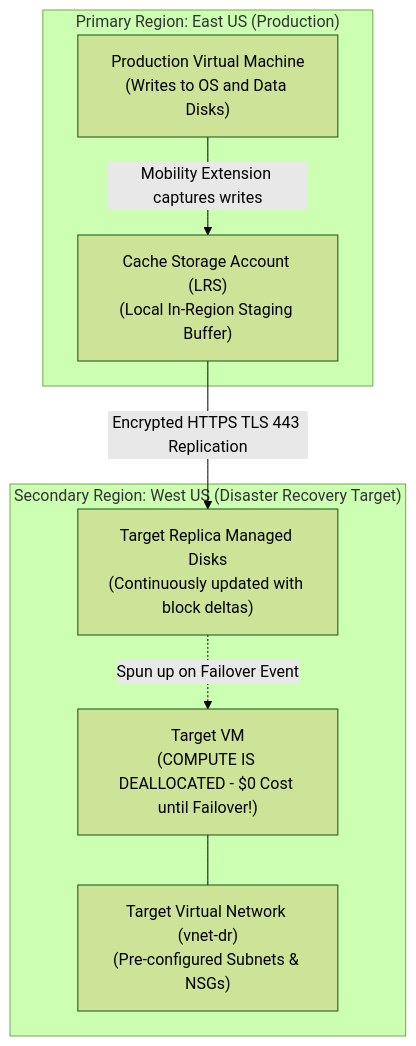
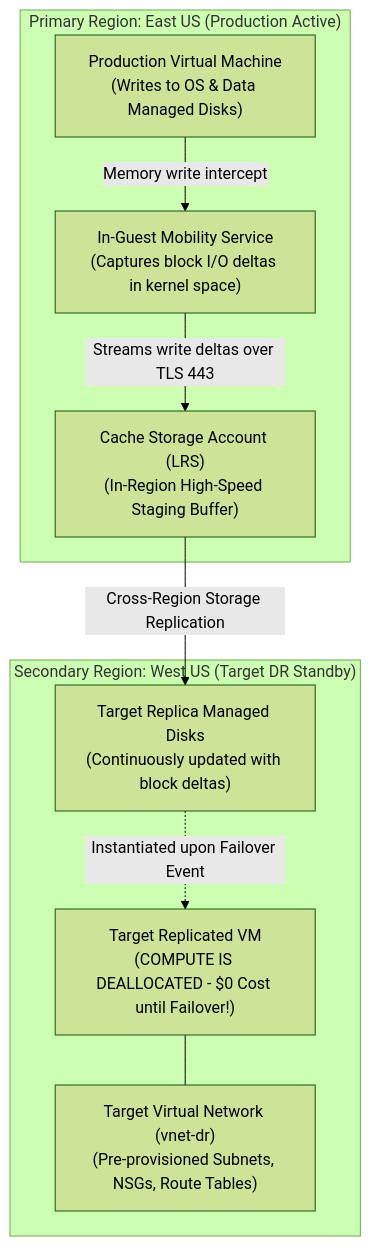
The second of 3 diagrams in Reference Notes/13-104-11_administer_data_protection.md (kmashour/BrainDump), drawn with Mermaid (forest theme) before and after one commit. The commit also changed other lines of this file and 6 other files, not shown here.

````diff
--- a/Reference Notes/13-104-11_administer_data_protection.md
+++ b/Reference Notes/13-104-11_administer_data_protection.md
@@ -205,18 +444,20 @@
 ```mermaid
 flowchart TD
-    subgraph PrimaryRegion ["Primary Region: East US (Production)"]
-        SourceVM["Production Virtual Machine\n(Writes to OS and Data Disks)"]
-        CacheStore["Cache Storage Account (LRS)\n(Local In-Region Staging Buffer)"]
+    subgraph PrimaryRegion ["Primary Region: East US (Production Active)"]
+        SourceVM["Production Virtual Machine\n(Writes to OS & Data Managed Disks)"]
+        Mobility["In-Guest Mobility Service\n(Captures block I/O deltas in kernel space)"]
+        CacheStore["Cache Storage Account (LRS)\n(In-Region High-Speed Staging Buffer)"]
     end
 
-    subgraph SecondaryRegion ["Secondary Region: West US (Disaster Recovery Target)"]
-        ReplicaDisks["Target Replica Managed Disks\n(Continuously updated with block deltas)"]
-        TargetVNet["Target Virtual Network (vnet-dr)\n(Pre-configured Subnets & NSGs)"]
-        StandbyVM["Target VM\n(COMPUTE IS DEALLOCATED - $0 Cost until Failover!)"]
+    subgraph SecondaryRegion ["Secondary Region: West US (Target DR Standby)"]
+        TargetStorage["Target Replica Managed Disks\n(Continuously updated with block deltas)"]
+        TargetVNet["Target Virtual Network (vnet-dr)\n(Pre-provisioned Subnets, NSGs, Route Tables)"]
+        StandbyVM["Target Replicated VM\n(COMPUTE IS DEALLOCATED - $0 Cost until Failover!)"]
     end
 
-    SourceVM -->|Mobility Extension captures writes| CacheStore
-    CacheStore -->|Encrypted HTTPS TLS 443 Replication| ReplicaDisks
-    ReplicaDisks -.->|Spun up on Failover Event| StandbyVM
+    SourceVM -->|Memory write intercept| Mobility
+    Mobility -->|Streams write deltas over TLS 443| CacheStore
+    CacheStore -->|Cross-Region Storage Replication| TargetStorage
+    TargetStorage -.->|Instantiated upon Failover Event| StandbyVM
     StandbyVM --- TargetVNet
 ```
````
